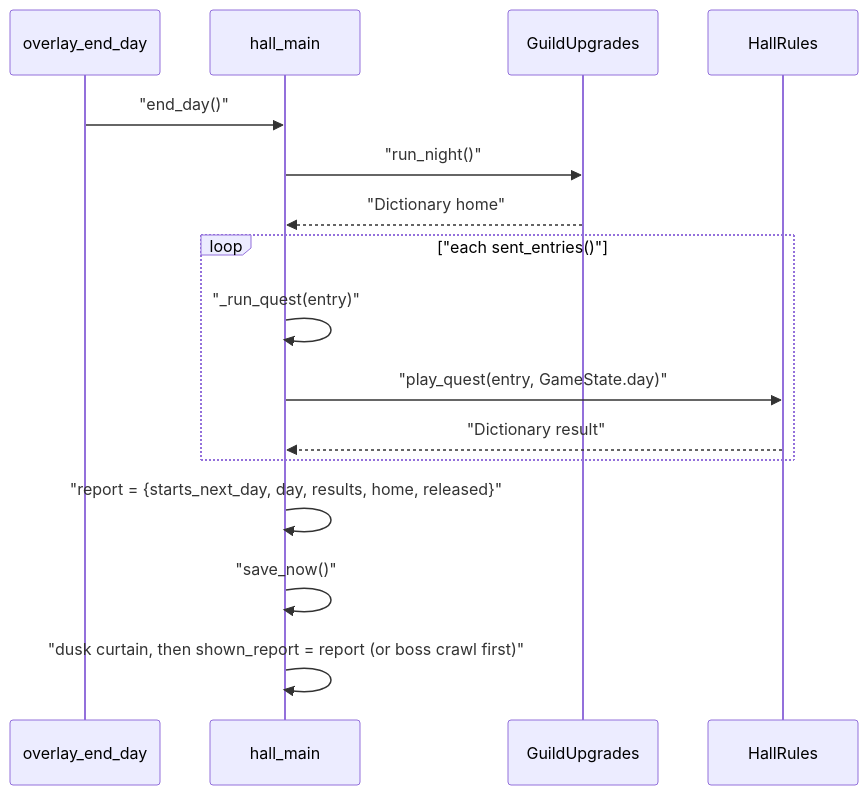
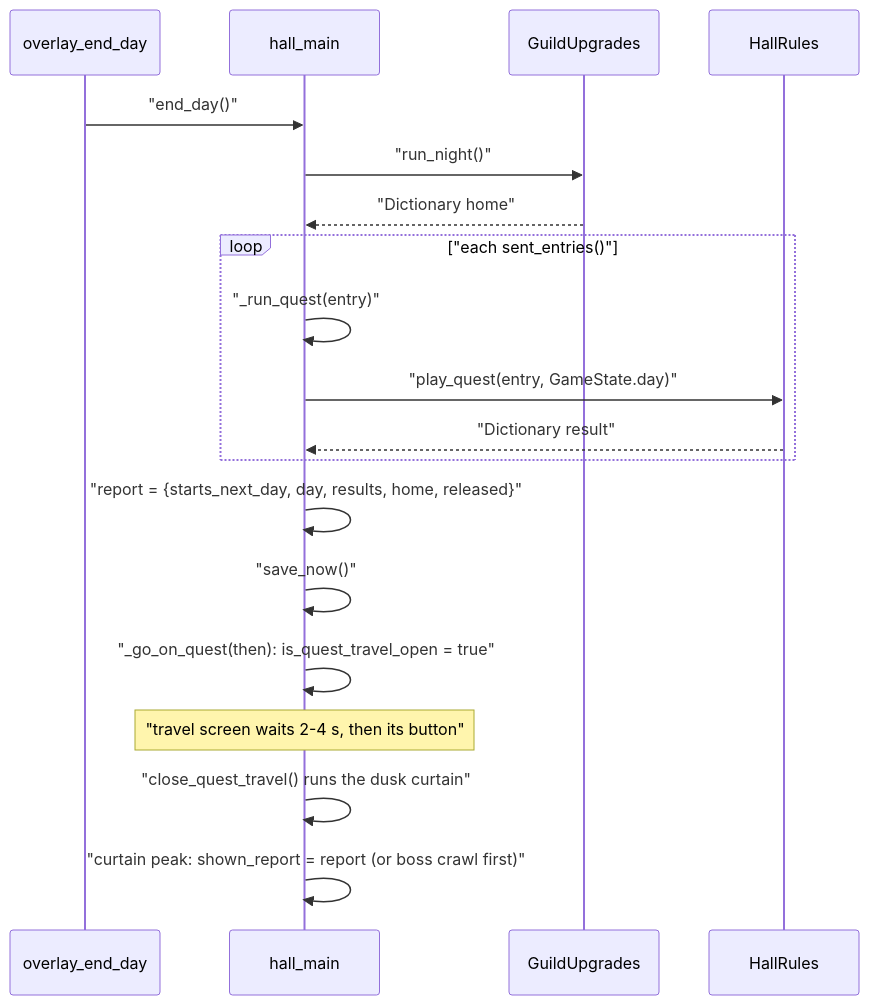
Before and after one commit to ActuallySanta/Fantasy-Guild-Manager: the first of 3 diagrams in Docs/vault/Systems/Day Cycle.md, drawn with Mermaid. The commit also changed other lines of this file and 15 other files, not shown here.

Commit message:
docs: vault pass for the Going on a quest screen

````diff
--- a/Docs/vault/Systems/Day Cycle.md
+++ b/Docs/vault/Systems/Day Cycle.md
@@ -22,18 +23,21 @@
 ```mermaid
 sequenceDiagram
   participant OE as overlay_end_day
   participant HM as hall_main
   participant GU as GuildUpgrades
   participant HR as HallRules
   OE->>HM: "end_day()"
   HM->>GU: "run_night()"
   GU-->>HM: "Dictionary home"
   loop "each sent_entries()"
     HM->>HM: "_run_quest(entry)"
     HM->>HR: "play_quest(entry, GameState.day)"
     HR-->>HM: "Dictionary result"
   end
   HM->>HM: "report = {starts_next_day, day, results, home, released}"
   HM->>HM: "save_now()"
-  HM->>HM: "dusk curtain, then shown_report = report (or boss crawl first)"
+  HM->>HM: "_go_on_quest(then): is_quest_travel_open = true"
+  Note over HM: "travel screen waits 2-4 s, then its button"
+  HM->>HM: "close_quest_travel() runs the dusk curtain"
+  HM->>HM: "curtain peak: shown_report = report (or boss crawl first)"
 ```
````
